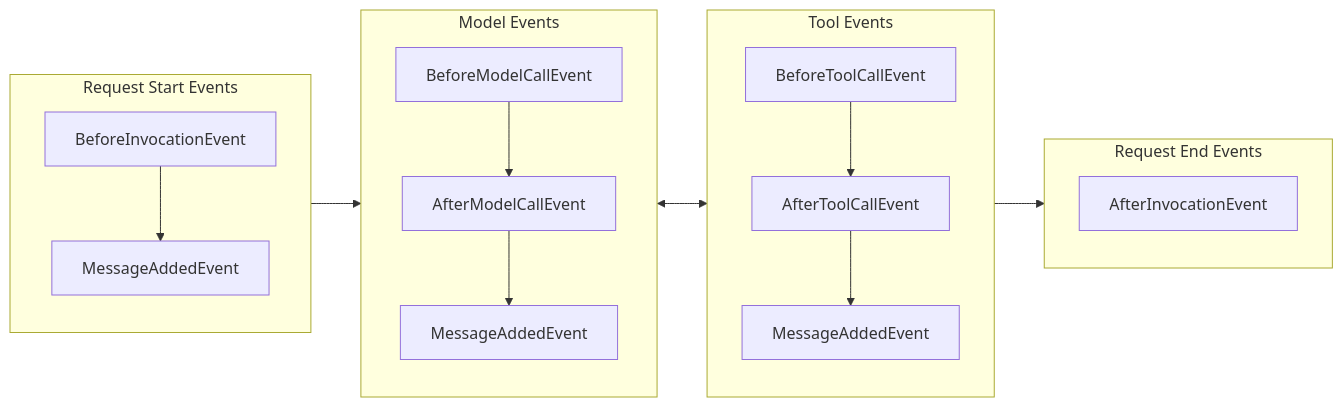
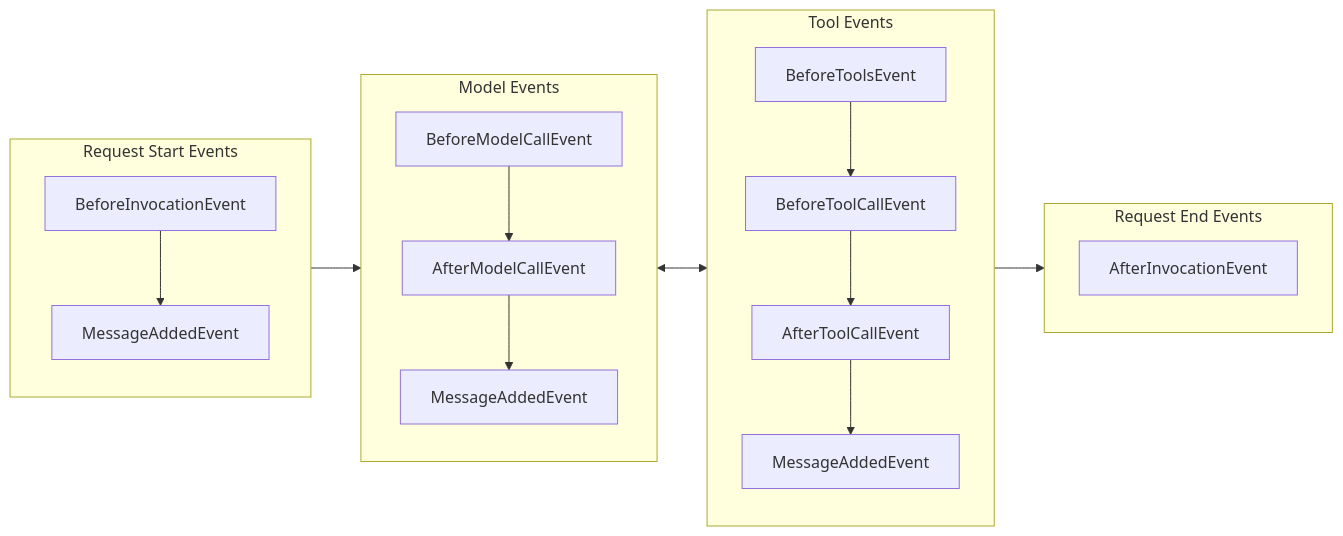
One commit to strands-agents/sdk-python changed the first of 4 diagrams in site/src/content/docs/user-guide/concepts/agents/hooks.mdx. Above: the diagram before and after it, drawn with Mermaid. The commit also changed other lines of this file and 2 other files, not shown here.

First line of the commit message:
docs(python): document BeforeToolsEvent batch hook

````diff
--- a/site/src/content/docs/user-guide/concepts/agents/hooks.mdx
+++ b/site/src/content/docs/user-guide/concepts/agents/hooks.mdx
@@ -137,32 +137,34 @@
 ```mermaid
 flowchart LR
  subgraph Start["Request Start Events"]
     direction TB
         BeforeInvocationEvent["BeforeInvocationEvent"]
         StartMessage["MessageAddedEvent"]
         BeforeInvocationEvent --> StartMessage
   end
  subgraph Model["Model Events"]
     direction TB
         BeforeModelCallEvent["BeforeModelCallEvent"]
         AfterModelCallEvent["AfterModelCallEvent"]
         ModelMessage["MessageAddedEvent"]
         BeforeModelCallEvent --> AfterModelCallEvent
         AfterModelCallEvent --> ModelMessage
   end
   subgraph Tool["Tool Events"]
     direction TB
+        BeforeToolsEvent["BeforeToolsEvent"]
         BeforeToolCallEvent["BeforeToolCallEvent"]
         AfterToolCallEvent["AfterToolCallEvent"]
         ToolMessage["MessageAddedEvent"]
+        BeforeToolsEvent --> BeforeToolCallEvent
         BeforeToolCallEvent --> AfterToolCallEvent
         AfterToolCallEvent --> ToolMessage
   end
   subgraph End["Request End Events"]
     direction TB
         AfterInvocationEvent["AfterInvocationEvent"]
   end
 Start --> Model
 Model <--> Tool
 Tool --> End
 ```
````
